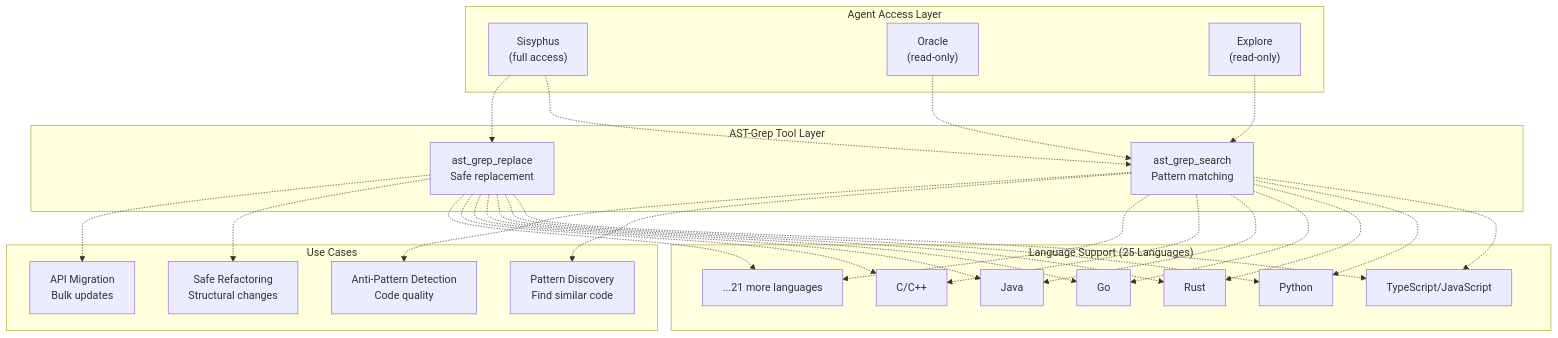
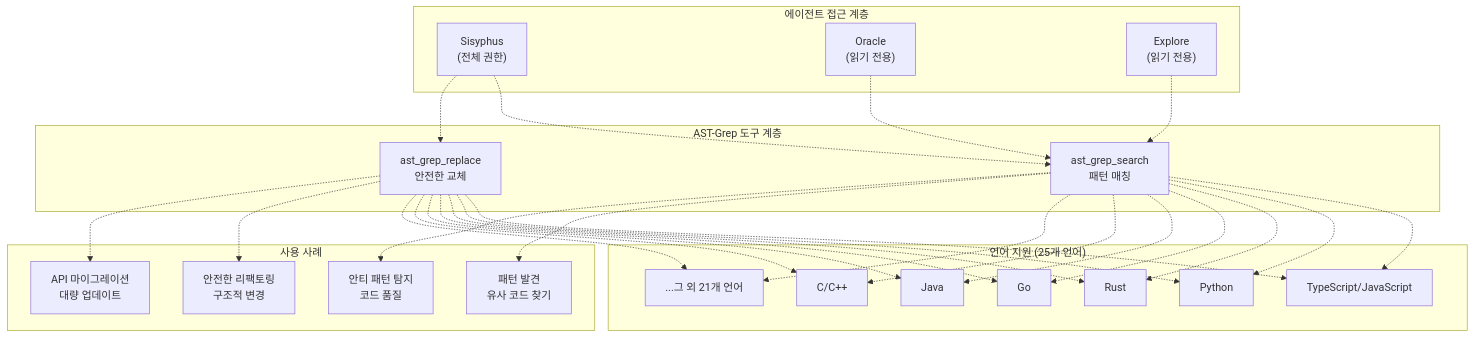
Before and after one commit to felipetruman/oh-my-opencode-docs: the first of 6 diagrams in docs/tools/ast-grep-tools.md, drawn with Mermaid. The commit also changed other lines of this file and 76 other files, not shown here.

````diff
--- a/docs/tools/ast-grep-tools.md
+++ b/docs/tools/ast-grep-tools.md
@@ -49,71 +49,71 @@
 ```mermaid
 flowchart TD
 
-SearchTool["ast_grep_search<br>Pattern matching"]
-ReplaceTool["ast_grep_replace<br>Safe replacement"]
+SearchTool["ast_grep_search<br>패턴 매칭"]
+ReplaceTool["ast_grep_replace<br>안전한 교체"]
 TS["TypeScript/JavaScript"]
 PY["Python"]
 RS["Rust"]
 GO["Go"]
 JAVA["Java"]
 CPP["C/C++"]
-Other["...21 more languages"]
-Sisyphus["Sisyphus<br>(full access)"]
-Oracle["Oracle<br>(read-only)"]
-Explore["Explore<br>(read-only)"]
-PatternSearch["Pattern Discovery<br>Find similar code"]
-Refactor["Safe Refactoring<br>Structural changes"]
-AntiPattern["Anti-Pattern Detection<br>Code quality"]
-Migration["API Migration<br>Bulk updates"]
+Other["...그 외 21개 언어"]
+Sisyphus["Sisyphus<br>(전체 권한)"]
+Oracle["Oracle<br>(읽기 전용)"]
+Explore["Explore<br>(읽기 전용)"]
+PatternSearch["패턴 발견<br>유사 코드 찾기"]
+Refactor["안전한 리팩토링<br>구조적 변경"]
+AntiPattern["안티 패턴 탐지<br>코드 품질"]
+Migration["API 마이그레이션<br>대량 업데이트"]
 
 SearchTool -.-> TS
 SearchTool -.-> PY
 SearchTool -.-> RS
 SearchTool -.-> GO
 SearchTool -.-> JAVA
 SearchTool -.-> CPP
 SearchTool -.-> Other
 ReplaceTool -.-> TS
 ReplaceTool -.-> PY
 ReplaceTool -.-> RS
 ReplaceTool -.-> GO
 ReplaceTool -.-> JAVA
 ReplaceTool -.-> CPP
 ReplaceTool -.-> Other
 Sisyphus -.-> SearchTool
 Sisyphus -.-> ReplaceTool
 Oracle -.-> SearchTool
 Explore -.-> SearchTool
 SearchTool -.-> PatternSearch
 SearchTool -.-> AntiPattern
 ReplaceTool -.-> Refactor
 ReplaceTool -.-> Migration
 
-subgraph subGraph3 ["Use Cases"]
+subgraph subGraph3 ["사용 사례"]
     PatternSearch
     Refactor
     AntiPattern
     Migration
 end
 
-subgraph subGraph2 ["Agent Access Layer"]
+subgraph subGraph2 ["에이전트 접근 계층"]
     Sisyphus
     Oracle
     Explore
 end
 
-subgraph subGraph1 ["Language Support (25 Languages)"]
+subgraph subGraph1 ["언어 지원 (25개 언어)"]
     TS
     PY
     RS
     GO
     JAVA
     CPP
     Other
 end
 
-subgraph subGraph0 ["AST-Grep Tool Layer"]
+subgraph subGraph0 ["AST-Grep 도구 계층"]
     SearchTool
     ReplaceTool
 end
 ```
````
